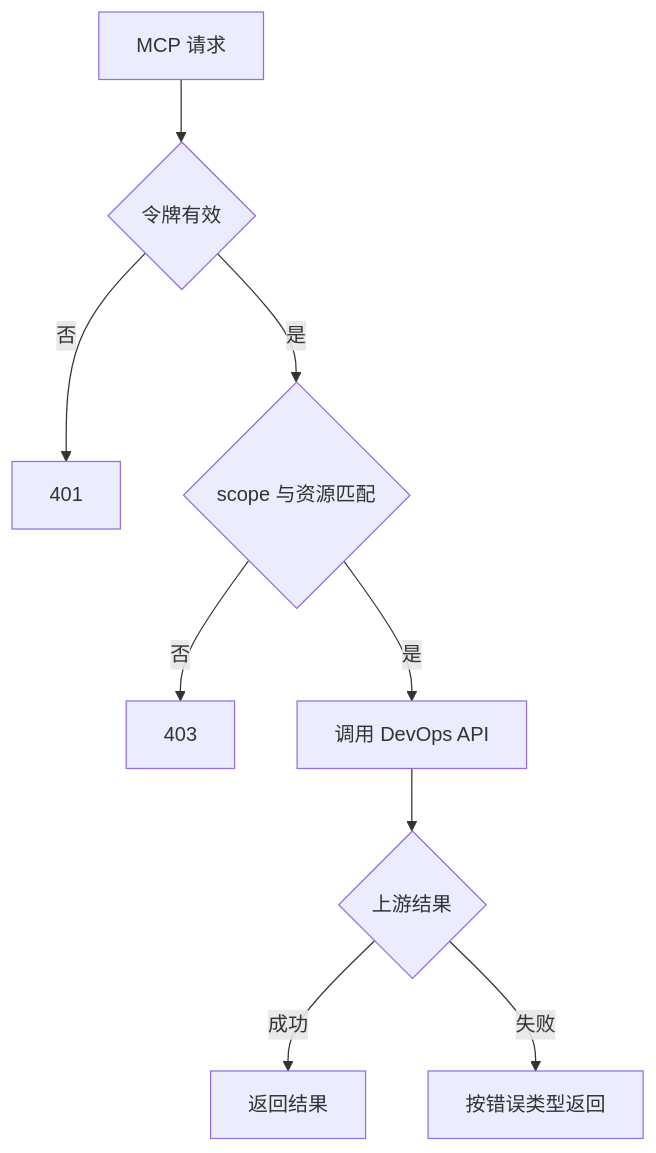
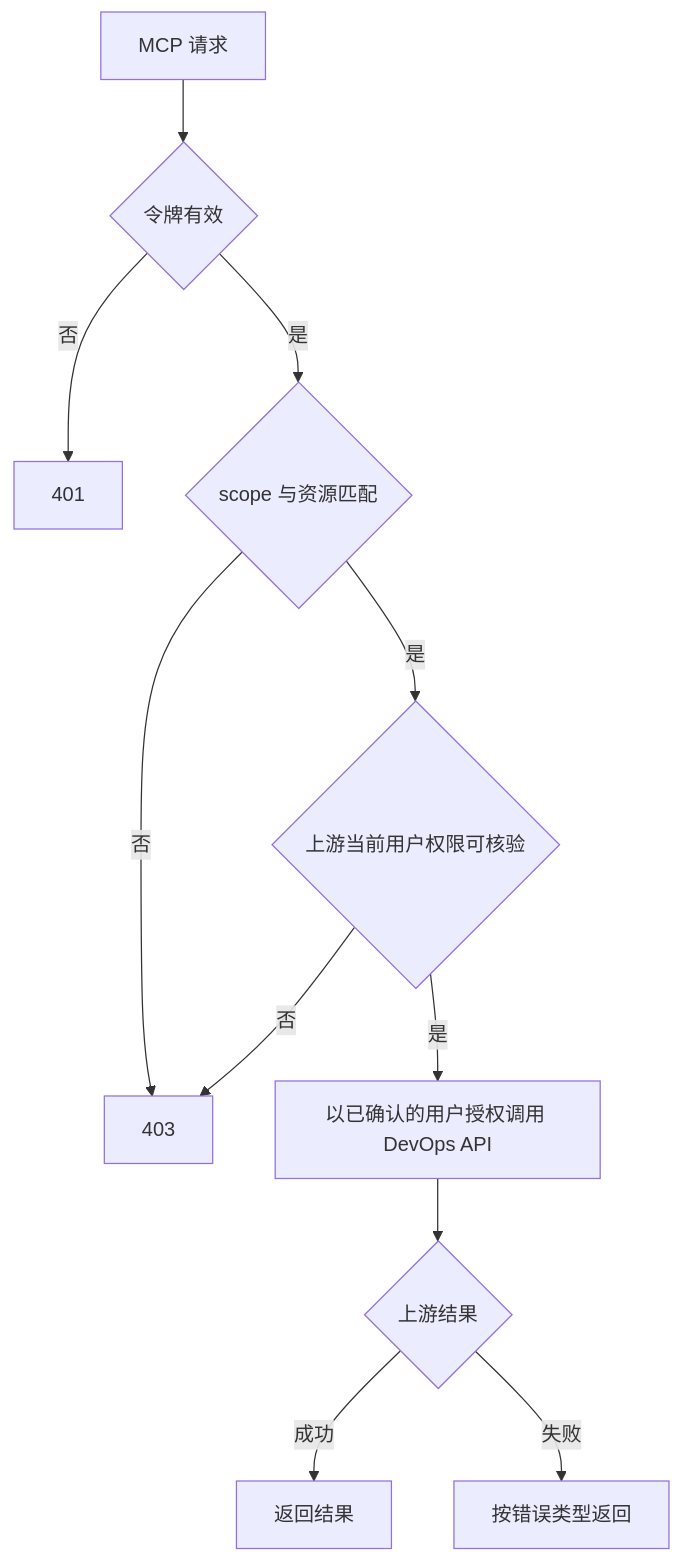
One commit to hrygo/heluo-forge changed the diagram in docs/design/services/devops-mcp.md. Above: the diagram before and after it, drawn with Mermaid. The commit also changed other lines of this file and 41 other files, not shown here.

````diff
--- a/docs/design/services/devops-mcp.md
+++ b/docs/design/services/devops-mcp.md
@@ -88,11 +90,13 @@
 ```mermaid
 flowchart TD
   A[MCP 请求] --> B{令牌有效}
   B -->|否| C[401]
   B -->|是| D{scope 与资源匹配}
   D -->|否| E[403]
-  D -->|是| F[调用 DevOps API]
+  D -->|是| U{上游当前用户权限可核验}
+  U -->|否| E
+  U -->|是| F[以已确认的用户授权调用 DevOps API]
   F --> G{上游结果}
   G -->|成功| H[返回结果]
   G -->|失败| I[按错误类型返回]
 ```
````
